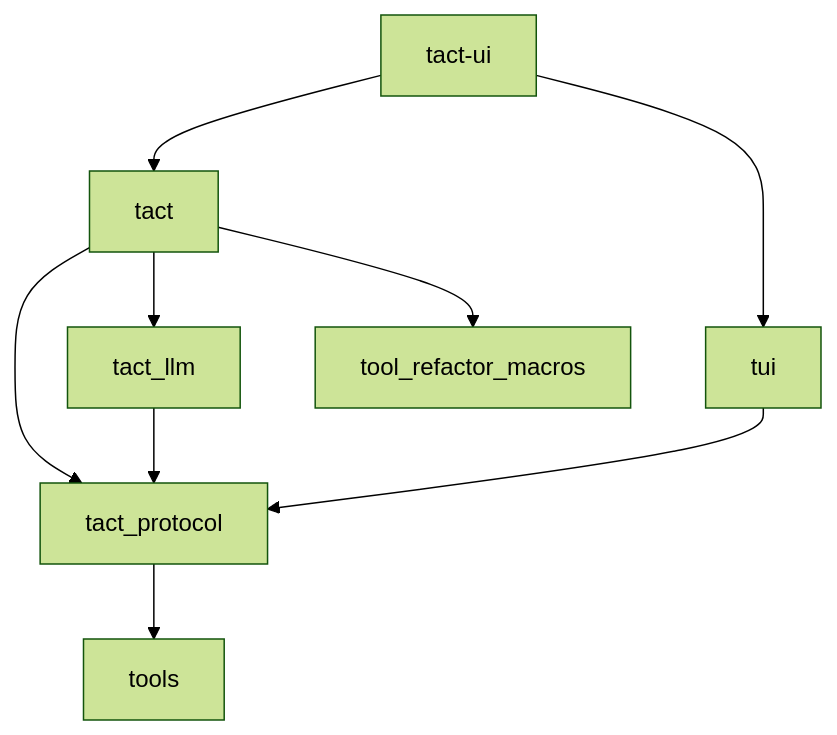
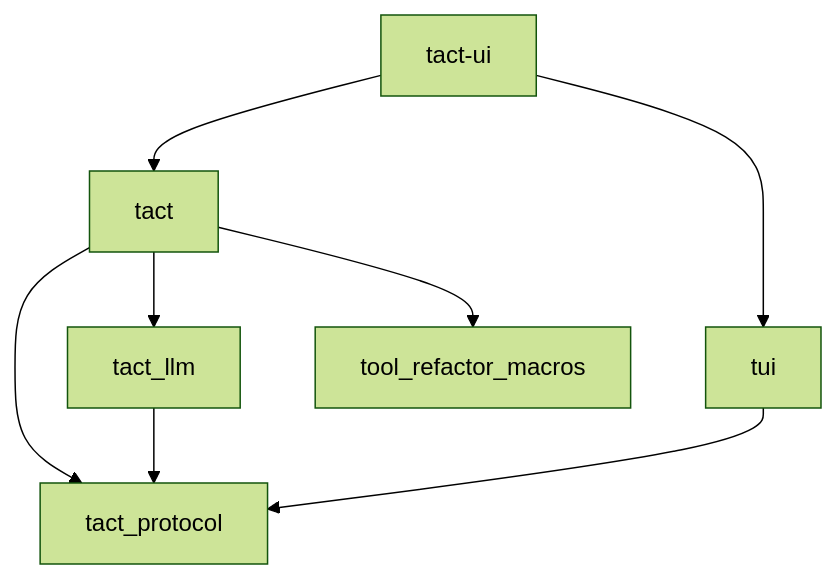
One commit to rust-infra/tact changed the first of 10 diagrams in ARCHITECTURE.md. Above: the diagram before and after it, drawn with Mermaid (forest theme). The commit also changed other lines of this file and 28 other files, not shown here.

````diff
--- a/ARCHITECTURE.md
+++ b/ARCHITECTURE.md
@@ -25,11 +24,10 @@
 ```mermaid
 flowchart TB
     tact_ui["tact-ui"] --> tact
     tact_ui --> tui
     tact --> tact_protocol
     tact --> tact_llm
     tact --> tool_refactor_macros
     tact_llm --> tact_protocol
     tui --> tact_protocol
-    tact_protocol --> tools
 ```
````
